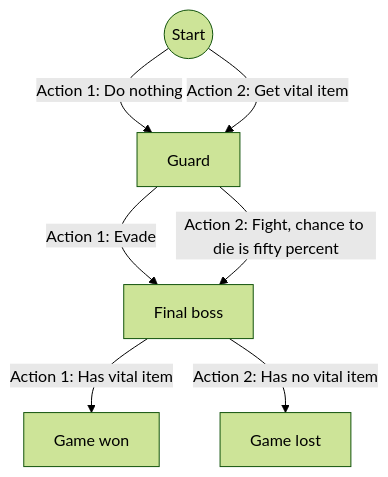
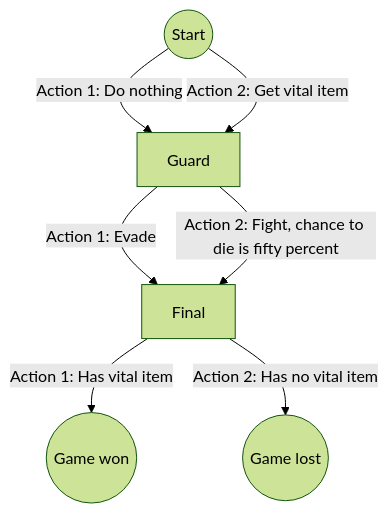
The diagram in README.md (richelbilderbeek/mlpack_example_2), drawn with Mermaid (forest theme) before and after one commit. The commit also changed other lines of this file, not shown here.

Commit message:
Beautifuller

````diff
--- a/README.md
+++ b/README.md
@@ -5,9 +5,9 @@
 ```mermaid
 graph TD;
     0((Start))-->|Action 1: Do nothing|100[Guard];
     0-->|Action 2: Get vital item|100;
-    100-->|Action 1: Evade|200[Final boss];
+    100-->|Action 1: Evade|200[Final];
     100-->|Action 2: Fight, chance to die is fifty percent|200;
-    200-->|Action 1: Has vital item|210[Game won];
-    200-->|Action 2: Has no vital item|220[Game lost];
+    200-->|Action 1: Has vital item|210((Game won));
+    200-->|Action 2: Has no vital item|220((Game lost));
 ```
````
